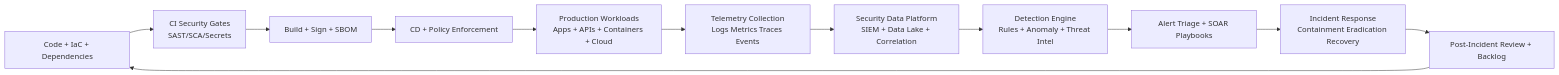
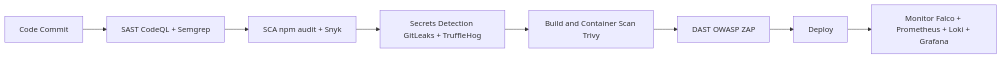
One commit to AnderssonProgramming/devsecops-threat-monitor changed the diagram in README.md. Above: the diagram before and after it, drawn with Mermaid. The commit also changed other lines of this file, not shown here.

Commit message:
docs: add README with pipeline diagram and quick start

````diff
--- a/README.md
+++ b/README.md
@@ -69,15 +18,10 @@
 ```mermaid
 flowchart LR
-	A[Code + IaC + Dependencies] --> B[CI Security Gates\nSAST/SCA/Secrets]
-	B --> C[Build + Sign + SBOM]
-	C --> D[CD + Policy Enforcement]
-	D --> E[Production Workloads\nApps + APIs + Containers + Cloud]
-
-	E --> F[Telemetry Collection\nLogs Metrics Traces Events]
-	F --> G[Security Data Platform\nSIEM + Data Lake + Correlation]
-	G --> H[Detection Engine\nRules + Anomaly + Threat Intel]
-	H --> I[Alert Triage + SOAR Playbooks]
-	I --> J[Incident Response\nContainment Eradication Recovery]
-	J --> K[Post-Incident Review + Backlog]
-	K --> A
+	A[Code Commit] --> B[SAST CodeQL + Semgrep]
+	B --> C[SCA npm audit + Snyk]
+	C --> D[Secrets Detection GitLeaks + TruffleHog]
+	D --> E[Build and Container Scan Trivy]
+	E --> F[DAST OWASP ZAP]
+	F --> G[Deploy]
+	G --> H[Monitor Falco + Prometheus + Loki + Grafana]
 ```
````
